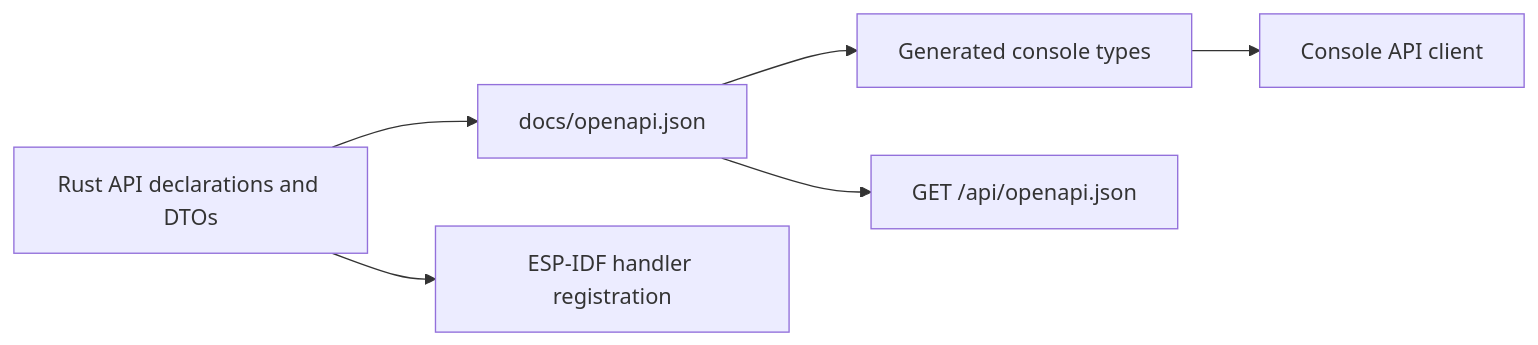
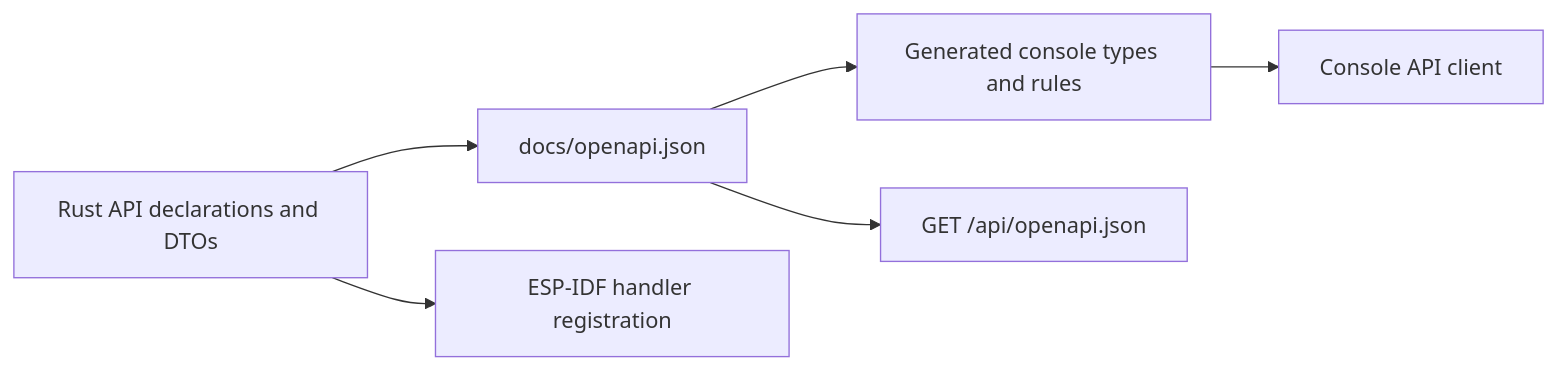
One commit to lutyjj/esp32-streamline changed the second of 2 diagrams in docs/architecture.md. Above: the diagram before and after it, drawn with Mermaid. The commit also changed other lines of this file and 281 other files, not shown here.

````diff
--- a/docs/architecture.md
+++ b/docs/architecture.md
@@ -167,8 +167,8 @@
 ```mermaid
 flowchart LR
   rust["Rust API declarations and DTOs"] --> spec["docs/openapi.json"]
   rust --> server["ESP-IDF handler registration"]
-  spec --> types["Generated console types"]
+  spec --> types["Generated console types and rules"]
   types --> ui["Console API client"]
   spec --> device["GET /api/openapi.json"]
 ```
````
